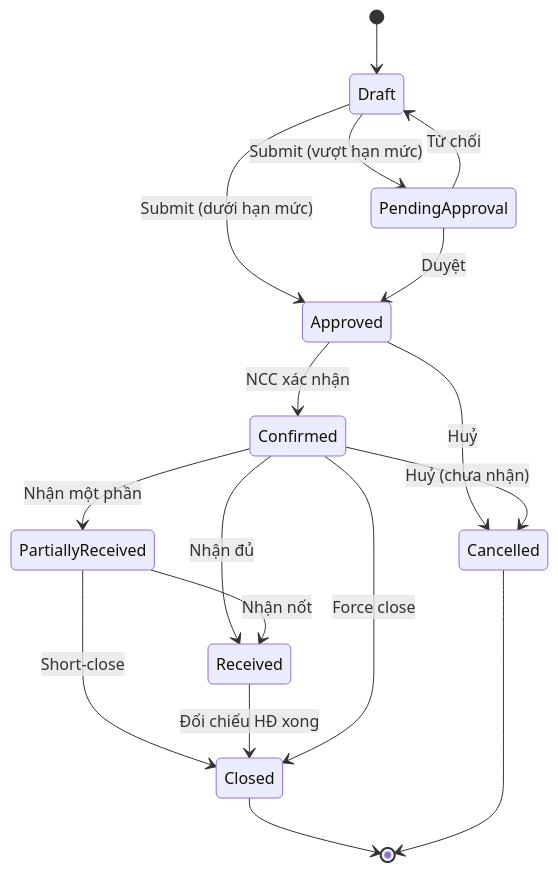
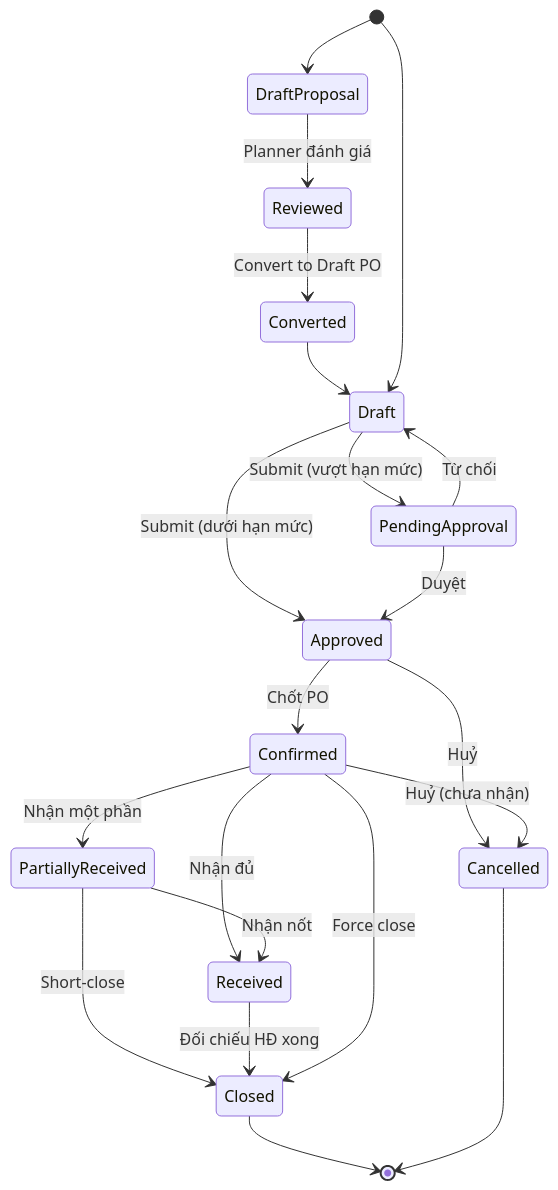
The diagram in docs/warehouse/02-purchase-order/README.md (KLTN-FA26/docs), drawn with Mermaid before and after one commit. The commit also changed other lines of this file, not shown here.

````diff
--- a/docs/warehouse/02-purchase-order/README.md
+++ b/docs/warehouse/02-purchase-order/README.md
@@ -79,19 +84,23 @@
 ```mermaid
 stateDiagram-v2
+    [*] --> DraftProposal
+    DraftProposal --> Reviewed: Planner đánh giá
+    Reviewed --> Converted: Convert to Draft PO
+    Converted --> Draft
     [*] --> Draft
     Draft --> PendingApproval: Submit (vượt hạn mức)
     Draft --> Approved: Submit (dưới hạn mức)
     PendingApproval --> Approved: Duyệt
     PendingApproval --> Draft: Từ chối
-    Approved --> Confirmed: NCC xác nhận
+    Approved --> Confirmed: Chốt PO
     Approved --> Cancelled: Huỷ
     Confirmed --> PartiallyReceived: Nhận một phần
     Confirmed --> Received: Nhận đủ
     Confirmed --> Cancelled: Huỷ (chưa nhận)
     PartiallyReceived --> Received: Nhận nốt
     PartiallyReceived --> Closed: Short-close
     Received --> Closed: Đối chiếu HĐ xong
     Confirmed --> Closed: Force close
     Closed --> [*]
     Cancelled --> [*]
 ```
````
